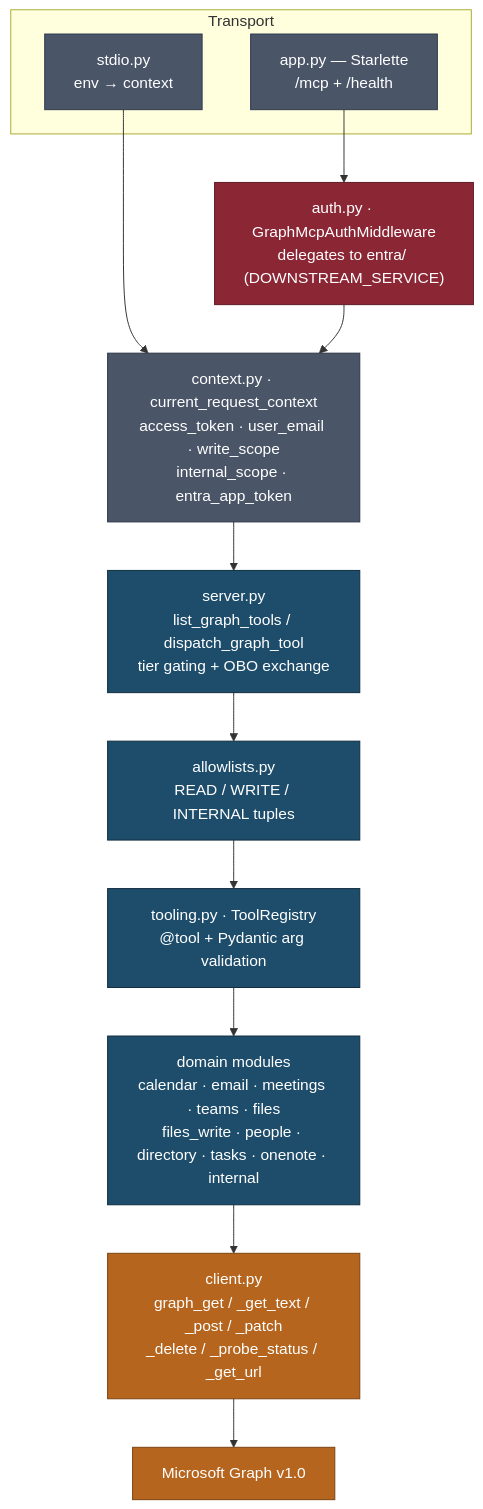
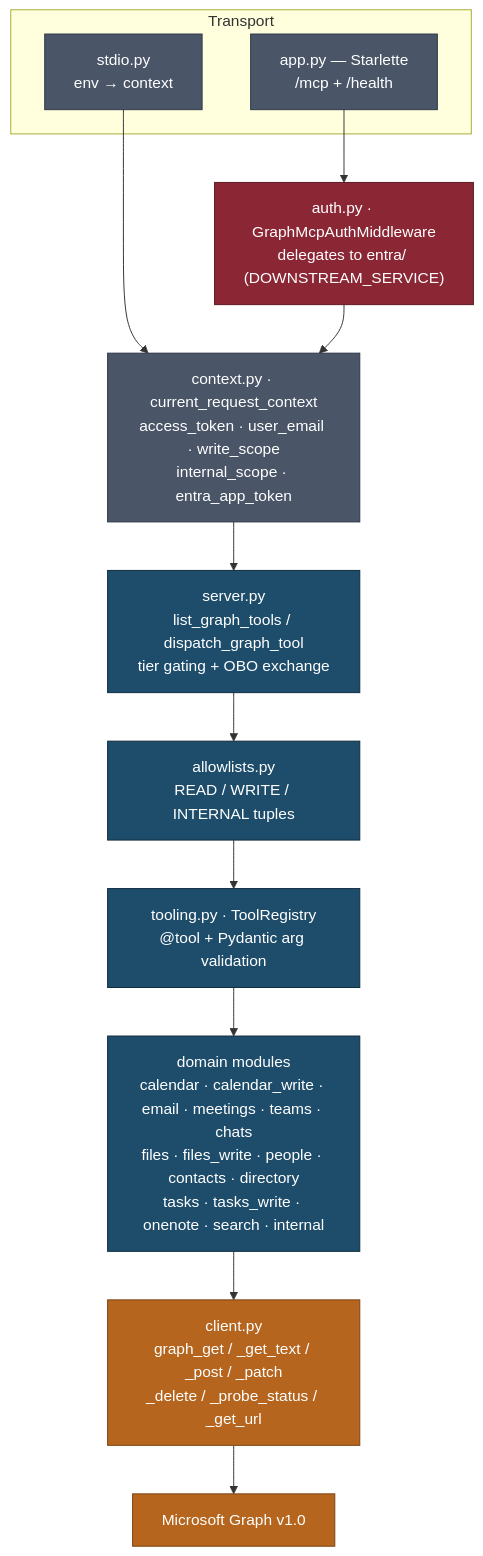
Before and after one commit to nitin27may/ms-graph-mcp: the diagram in CLAUDE.md, drawn with Mermaid. The commit also changed other lines of this file, not shown here.

````diff
--- a/CLAUDE.md
+++ b/CLAUDE.md
@@ -50,28 +51,28 @@
 ```mermaid
 flowchart TD
     subgraph transport["Transport"]
         STDIO["stdio.py<br/>env → context"]
         HTTP["app.py — Starlette<br/>/mcp + /health"]
     end
     AUTH["auth.py · GraphMcpAuthMiddleware<br/>delegates to entra/ (DOWNSTREAM_SERVICE)"]
     CTX["context.py · current_request_context<br/>access_token · user_email · write_scope<br/>internal_scope · entra_app_token"]
     SRV["server.py<br/>list_graph_tools / dispatch_graph_tool<br/>tier gating + OBO exchange"]
     ALLOW["allowlists.py<br/>READ / WRITE / INTERNAL tuples"]
     REG["tooling.py · ToolRegistry<br/>@tool + Pydantic arg validation"]
-    DOM["domain modules<br/>calendar · email · meetings · teams · files<br/>files_write · people · directory · tasks · onenote · internal"]
+    DOM["domain modules<br/>calendar · calendar_write · email · meetings · teams · chats<br/>files · files_write · people · contacts · directory<br/>tasks · tasks_write · onenote · search · internal"]
     CLIENT["client.py<br/>graph_get / _get_text / _post / _patch<br/>_delete / _probe_status / _get_url"]
     GRAPH["Microsoft Graph v1.0"]
 
     STDIO --> CTX
     HTTP --> AUTH --> CTX --> SRV
     SRV --> ALLOW --> REG --> DOM --> CLIENT --> GRAPH
 
     classDef core fill:#1e4d6b,stroke:#0f2b3d,color:#fff
     classDef boundary fill:#8b2635,stroke:#5c1922,color:#fff
     classDef edge fill:#b5651d,stroke:#7a4212,color:#fff
     classDef infra fill:#4a5568,stroke:#2d3748,color:#fff
     class SRV,ALLOW,REG,DOM core
     class AUTH boundary
     class CLIENT,GRAPH edge
     class STDIO,HTTP,CTX infra
 ```
````
